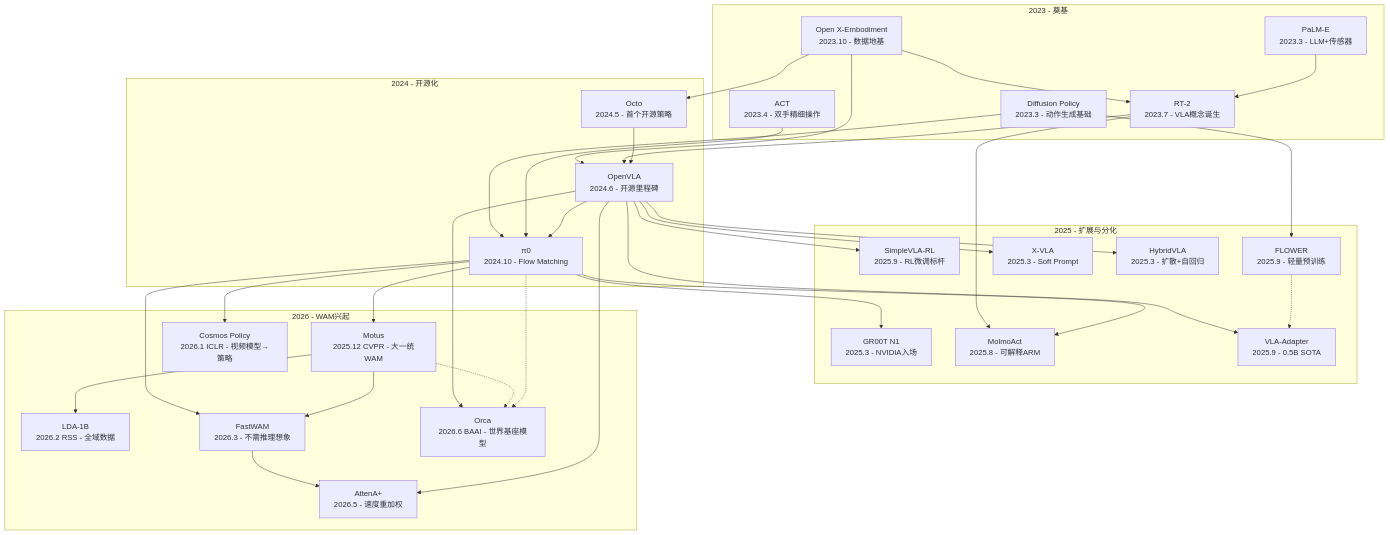
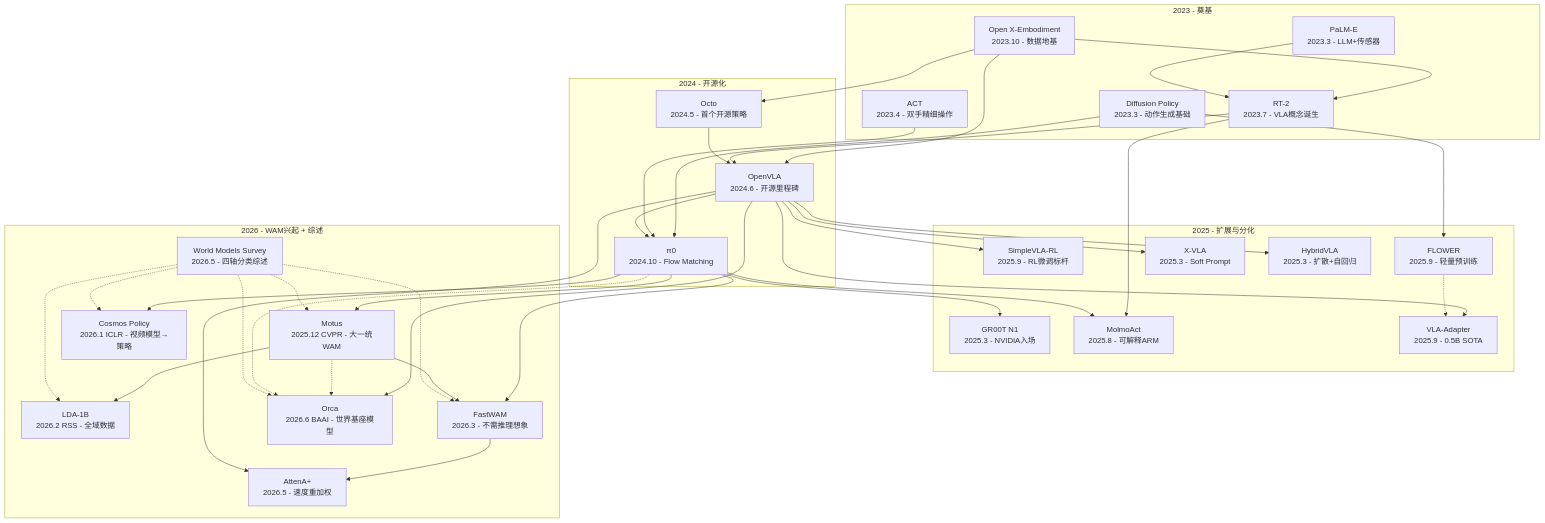
Before and after one commit to priceHE2002/Obsidian: the diagram in 08_DL基础及论文进阶/02_具身智能/具身智能论文精讲.md, drawn with Mermaid. The commit also changed other lines of this file and 4 other files, not shown here.

````diff
--- a/08_DL基础及论文进阶/02_具身智能/具身智能论文精讲.md
+++ b/08_DL基础及论文进阶/02_具身智能/具身智能论文精讲.md
@@ -832,64 +866,70 @@
 ```mermaid
 graph TD
     subgraph "2023 - 奠基"
         OXE["Open X-Embodiment<br/>2023.10 - 数据地基"]
         PaLM_E["PaLM-E<br/>2023.3 - LLM+传感器"]
         RT2["RT-2<br/>2023.7 - VLA概念诞生"]
         DP["Diffusion Policy<br/>2023.3 - 动作生成基础"]
         ACT["ACT<br/>2023.4 - 双手精细操作"]
     end
 
     subgraph "2024 - 开源化"
         Octo["Octo<br/>2024.5 - 首个开源策略"]
         OpenVLA["OpenVLA<br/>2024.6 - 开源里程碑"]
         Pi0["π0<br/>2024.10 - Flow Matching"]
     end
 
     subgraph "2025 - 扩展与分化"
         GR00T["GR00T N1<br/>2025.3 - NVIDIA入场"]
         MolmoAct["MolmoAct<br/>2025.8 - 可解释ARM"]
         SimpleVLA["SimpleVLA-RL<br/>2025.9 - RL微调标杆"]
         FLOWER["FLOWER<br/>2025.9 - 轻量预训练"]
         X_VLA["X-VLA<br/>2025.3 - Soft Prompt"]
         HybridVLA["HybridVLA<br/>2025.3 - 扩散+自回归"]
         VLAAdapter["VLA-Adapter<br/>2025.9 - 0.5B SOTA"]
     end
 
-    subgraph "2026 - WAM兴起"
+    subgraph "2026 - WAM兴起 + 综述"
         Motus["Motus<br/>2025.12 CVPR - 大一统WAM"]
         CosmosPolicy["Cosmos Policy<br/>2026.1 ICLR - 视频模型→策略"]
         LDA["LDA-1B<br/>2026.2 RSS - 全域数据"]
         FastWAM["FastWAM<br/>2026.3 - 不需推理想象"]
         AttenA["AttenA+<br/>2026.5 - 速度重加权"]
         Orca["Orca<br/>2026.6 BAAI - 世界基座模型"]
+        WMSurvey["World Models Survey<br/>2026.5 - 四轴分类综述"]
     end
 
     OXE --> Octo
     OXE --> OpenVLA
     OXE --> RT2
     PaLM_E --> RT2
     RT2 --> OpenVLA
     RT2 --> MolmoAct
     DP --> Pi0
     ACT --> Pi0
     Octo --> OpenVLA
     OpenVLA --> Pi0
     OpenVLA --> SimpleVLA
     OpenVLA --> VLAAdapter
     OpenVLA --> HybridVLA
     OpenVLA --> X_VLA
     Pi0 --> GR00T
     Pi0 --> Motus
     Pi0 --> FastWAM
     Pi0 --> CosmosPolicy
     Pi0 --> MolmoAct
     DP --> FLOWER
     FLOWER -.-> VLAAdapter
     Motus --> LDA
     Motus --> FastWAM
     FastWAM --> AttenA
     OpenVLA --> AttenA
     OpenVLA --> Orca
     Motus -.-> Orca
     Pi0 -.-> Orca
+    WMSurvey -.-> Motus
+    WMSurvey -.-> FastWAM
+    WMSurvey -.-> CosmosPolicy
+    WMSurvey -.-> LDA
+    WMSurvey -.-> Orca
 ```
````
